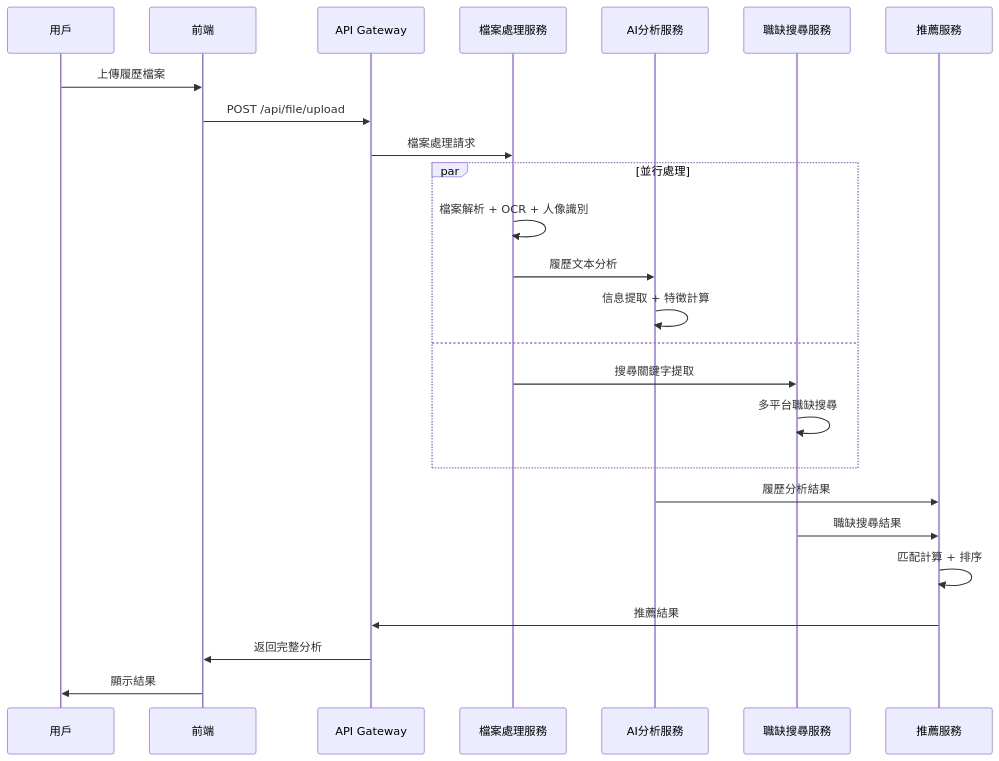
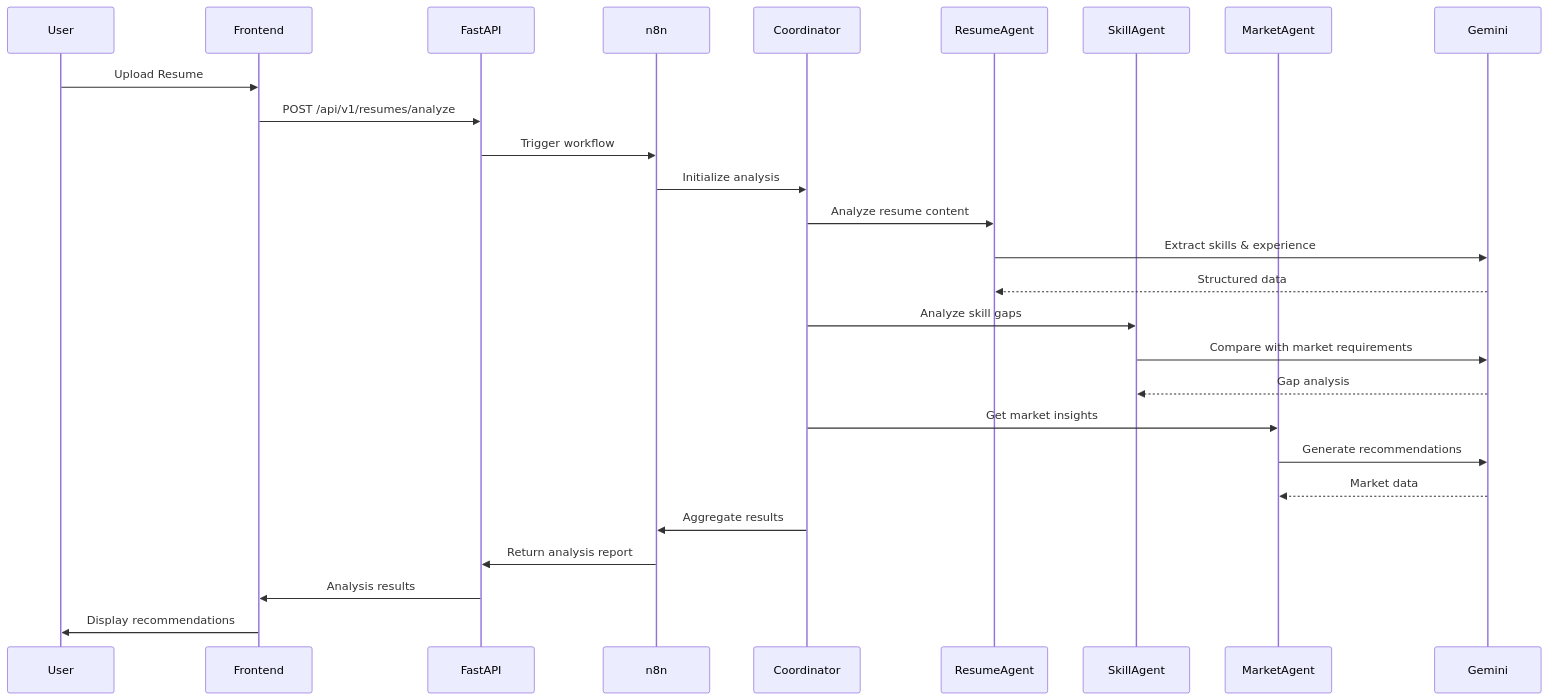
One commit to minxinchen/AI-Career-Assistant changed the second of 5 diagrams in docs/Architecture.md. Above: the diagram before and after it, drawn with Mermaid. The commit also changed other lines of this file and 14 other files, not shown here.

````diff
--- a/docs/Architecture.md
+++ b/docs/Architecture.md
@@ -175,30 +65,34 @@
 ```mermaid
 sequenceDiagram
-    participant U as 用戶
-    participant F as 前端
-    participant G as API Gateway
-    participant FP as 檔案處理服務
-    participant AI as AI分析服務
-    participant JS as 職缺搜尋服務
-    participant RS as 推薦服務
+    participant User
+    participant Frontend
+    participant FastAPI
+    participant n8n
+    participant Coordinator
+    participant ResumeAgent
+    participant SkillAgent
+    participant MarketAgent
+    participant Gemini
+
+    User->>Frontend: Upload Resume
+    Frontend->>FastAPI: POST /api/v1/resumes/analyze
+    FastAPI->>n8n: Trigger workflow
+    n8n->>Coordinator: Initialize analysis
     
-    U->>F: 上傳履歷檔案
-    F->>G: POST /api/file/upload
-    G->>FP: 檔案處理請求
+    Coordinator->>ResumeAgent: Analyze resume content
+    ResumeAgent->>Gemini: Extract skills & experience
+    Gemini-->>ResumeAgent: Structured data
     
-    par 並行處理
-        FP->>FP: 檔案解析 + OCR + 人像識別
-        FP->>AI: 履歷文本分析
-        AI->>AI: 信息提取 + 特徵計算
-    and
-        FP->>JS: 搜尋關鍵字提取
-        JS->>JS: 多平台職缺搜尋
-    end
+    Coordinator->>SkillAgent: Analyze skill gaps
+    SkillAgent->>Gemini: Compare with market requirements
+    Gemini-->>SkillAgent: Gap analysis
     
-    AI->>RS: 履歷分析結果
-    JS->>RS: 職缺搜尋結果
-    RS->>RS: 匹配計算 + 排序
-    RS->>G: 推薦結果
-    G->>F: 返回完整分析
-    F->>U: 顯示結果
+    Coordinator->>MarketAgent: Get market insights
+    MarketAgent->>Gemini: Generate recommendations
+    Gemini-->>MarketAgent: Market data
+    
+    Coordinator->>n8n: Aggregate results
+    n8n->>FastAPI: Return analysis report
+    FastAPI->>Frontend: Analysis results
+    Frontend->>User: Display recommendations
 ```
````
